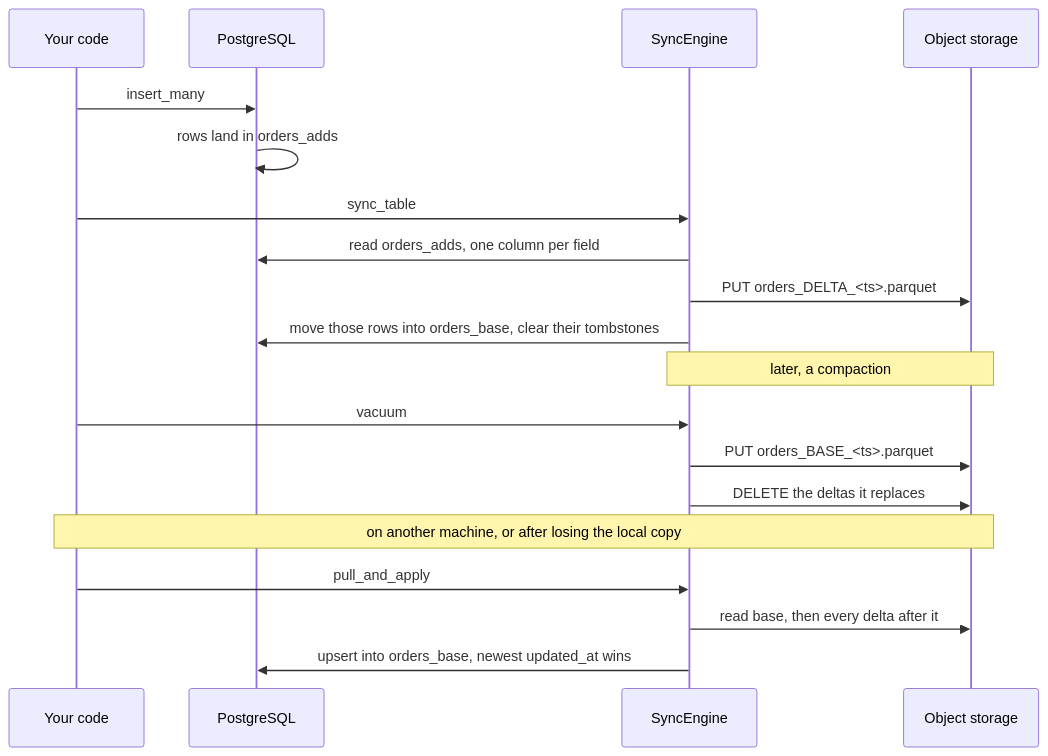
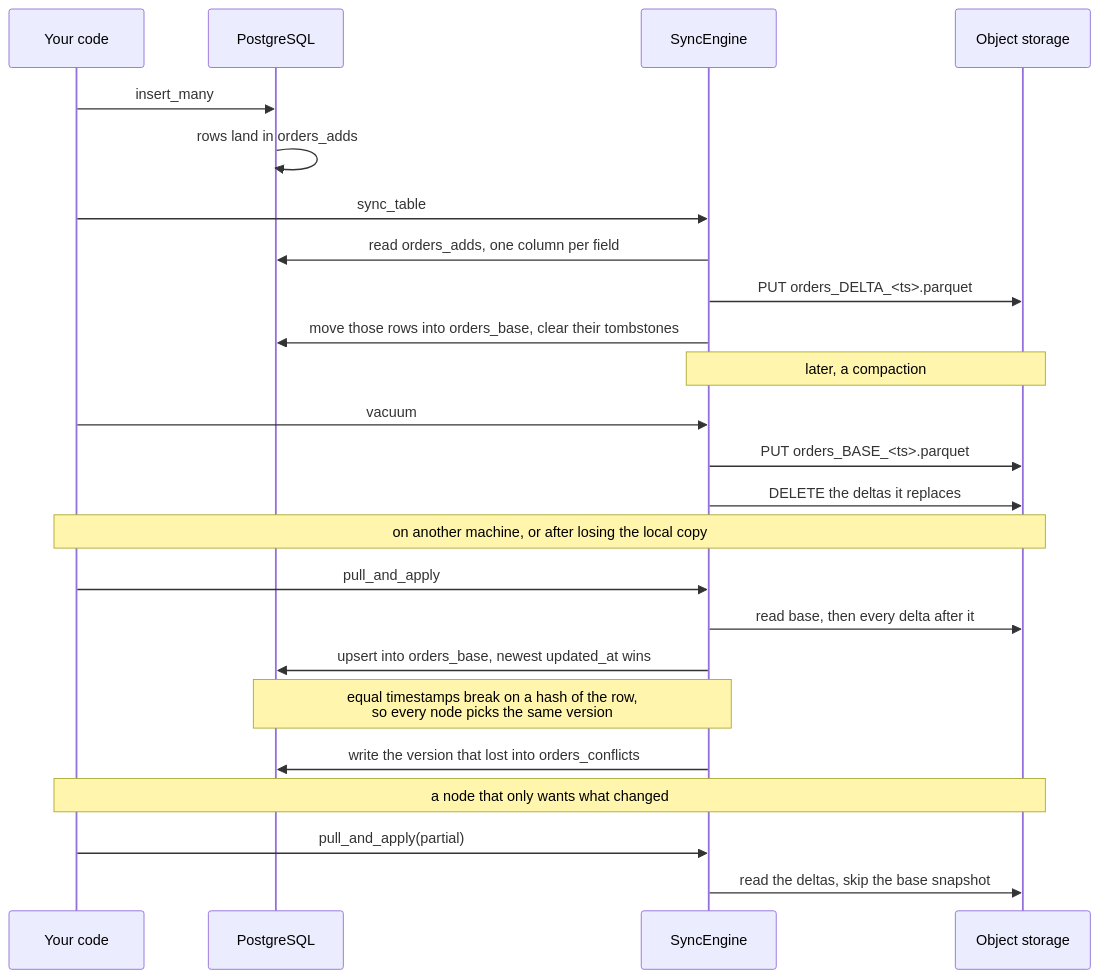
One commit to heyobi/dbcenter changed the third of 5 diagrams in README.md. Above: the diagram before and after it, drawn with Mermaid. The commit also changed other lines of this file and 11 other files, not shown here.

````diff
--- a/README.md
+++ b/README.md
@@ -121,24 +124,30 @@
 ```mermaid
 sequenceDiagram
     participant App as Your code
     participant PG as PostgreSQL
     participant Sync as SyncEngine
     participant S3 as Object storage
 
     App->>PG: insert_many
     PG->>PG: rows land in orders_adds
     App->>Sync: sync_table
     Sync->>PG: read orders_adds, one column per field
     Sync->>S3: PUT orders_DELTA_<ts>.parquet
     Sync->>PG: move those rows into orders_base, clear their tombstones
 
     Note over Sync,S3: later, a compaction
     App->>Sync: vacuum
     Sync->>S3: PUT orders_BASE_<ts>.parquet
     Sync->>S3: DELETE the deltas it replaces
 
     Note over App,S3: on another machine, or after losing the local copy
     App->>Sync: pull_and_apply
     Sync->>S3: read base, then every delta after it
     Sync->>PG: upsert into orders_base, newest updated_at wins
+    Note over Sync,PG: equal timestamps break on a hash of the row,<br/>so every node picks the same version
+    Sync->>PG: write the version that lost into orders_conflicts
+
+    Note over App,S3: a node that only wants what changed
+    App->>Sync: pull_and_apply(partial)
+    Sync->>S3: read the deltas, skip the base snapshot
 ```
````
